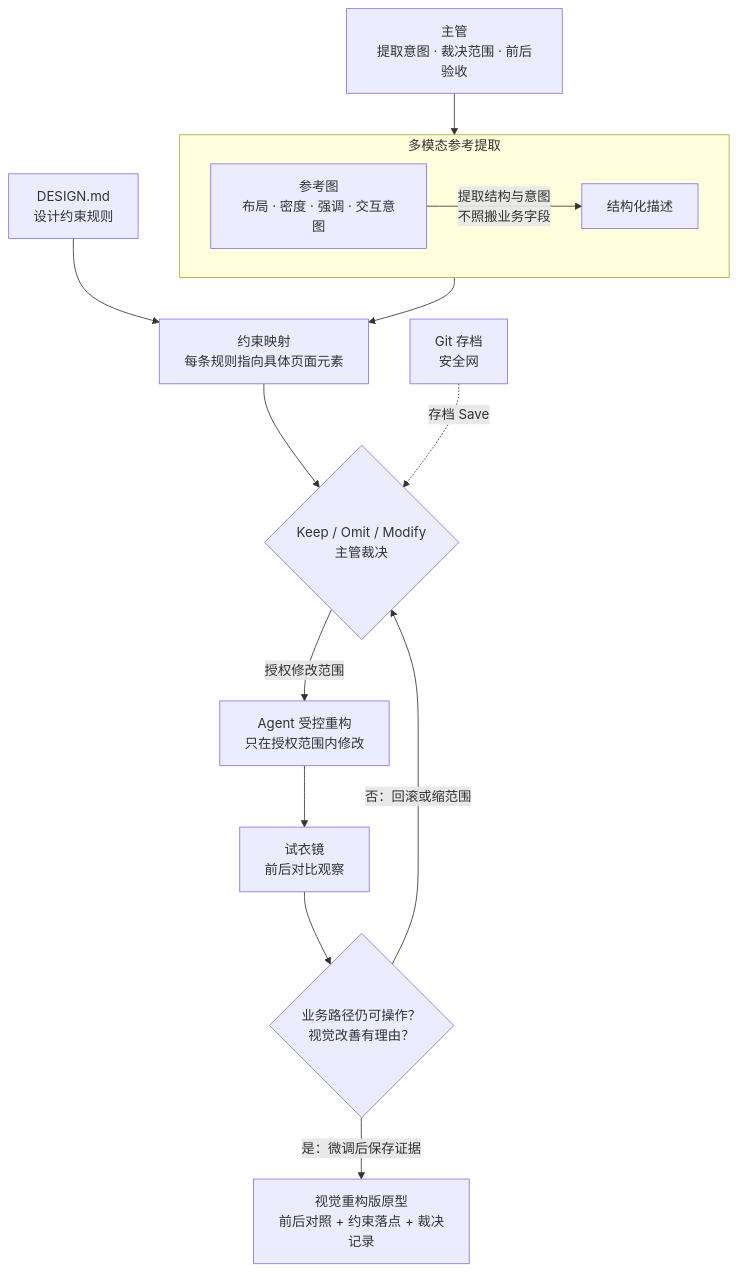
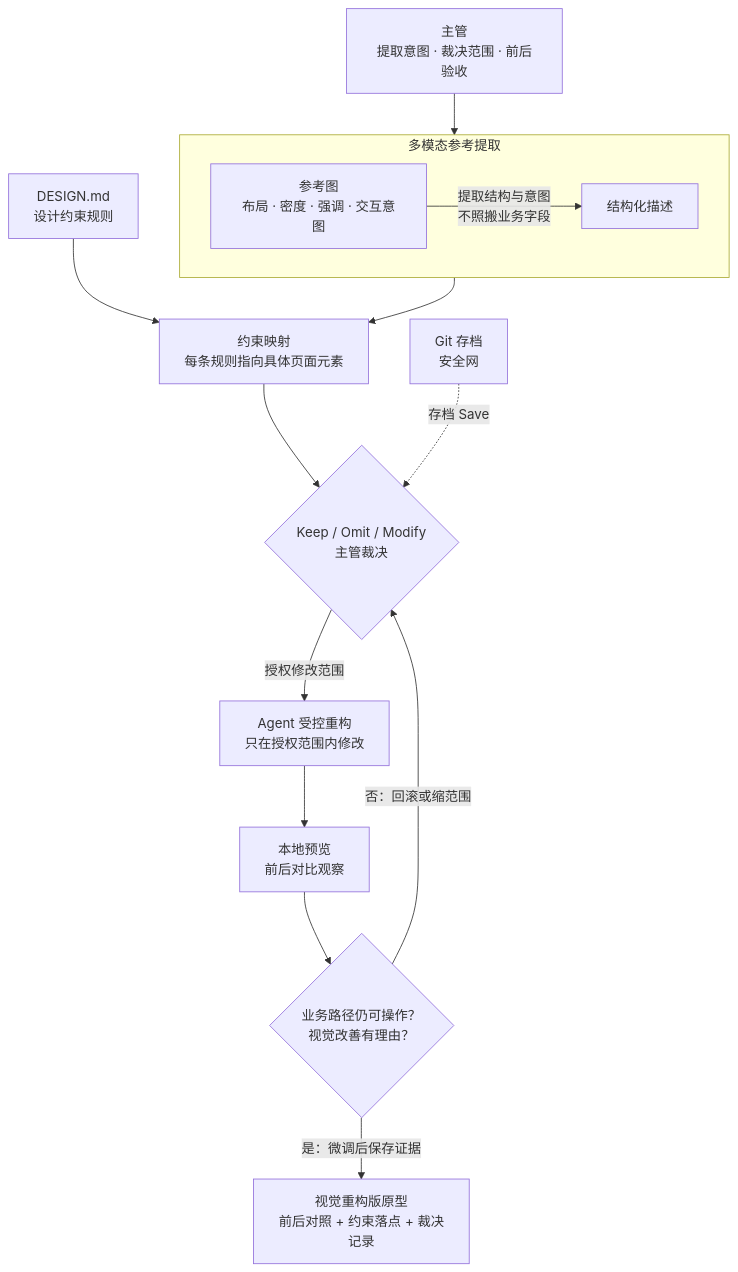
One commit to fishfuuu/ai-business-prototype-bootcamp changed the diagram in lessons/LESSON_02_GUIDE.md. Above: the diagram before and after it, drawn with Mermaid. The commit also changed other lines of this file and 34 other files, not shown here.

````diff
--- a/lessons/LESSON_02_GUIDE.md
+++ b/lessons/LESSON_02_GUIDE.md
@@ -30,24 +30,24 @@
 ```mermaid
 flowchart TB
     H["主管<br/>提取意图 · 裁决范围 · 前后验收"]
     R["参考图<br/>布局 · 密度 · 强调 · 交互意图"]
     subgraph E["多模态参考提取"]
         R -->|"提取结构与意图<br/>不照搬业务字段"| S["结构化描述"]
     end
     D["DESIGN.md<br/>设计约束规则"]
     C["约束映射<br/>每条规则指向具体页面元素"]
     K{"Keep / Omit / Modify<br/>主管裁决"}
     A["Agent 受控重构<br/>只在授权范围内修改"]
-    V["试衣镜<br/>前后对比观察"]
+    V["本地预览<br/>前后对比观察"]
     J{"业务路径仍可操作？<br/>视觉改善有理由？"}
     F["视觉重构版原型<br/>前后对照 + 约束落点 + 裁决记录"]
     G["Git 存档<br/>安全网"]
     H --> E --> C
     D --> C
     C --> K
     G -. "存档 Save" .-> K
     K -->|"授权修改范围"| A
     A --> V --> J
     J -- "否：回滚或缩范围" --> K
     J -- "是：微调后保存证据" --> F
 ```
````
